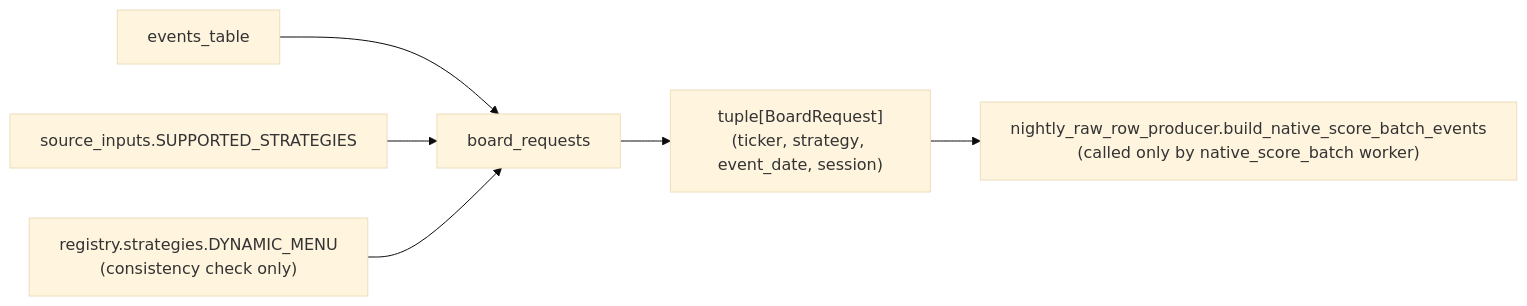
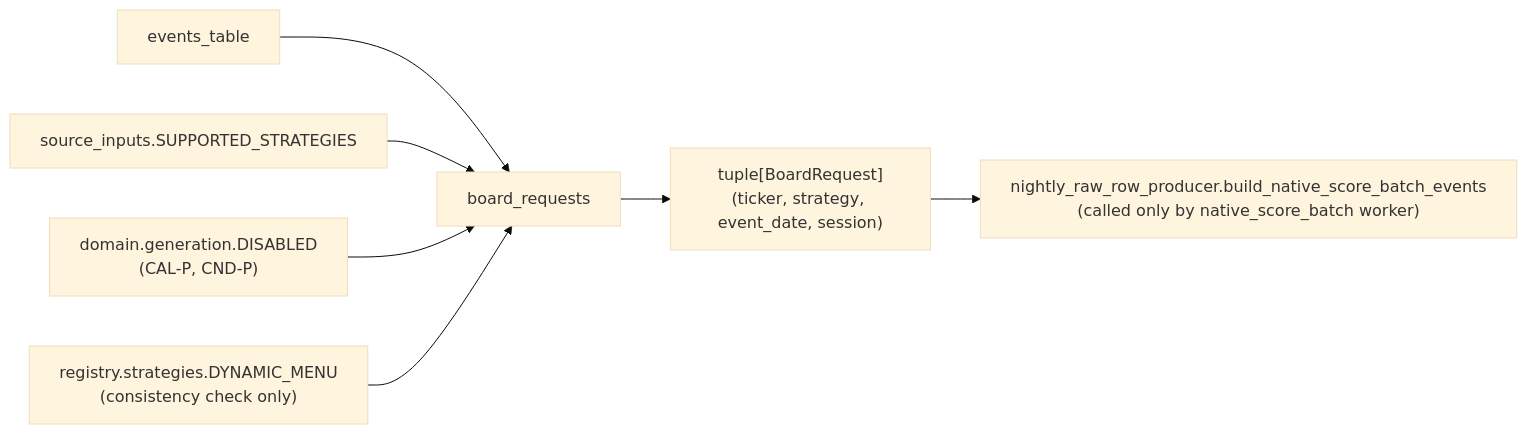
The fourth of 4 diagrams in engine/v2/ops/ARCHITECTURE.md (yshewchuk/investment-validation), drawn with Mermaid (base theme) before and after one commit. The commit also changed other lines of this file and 7 other files, not shown here.

````diff
--- a/engine/v2/ops/ARCHITECTURE.md
+++ b/engine/v2/ops/ARCHITECTURE.md
@@ -1463,8 +1463,8 @@
 ```mermaid
 flowchart LR
     ET[events_table] --> BR[board_requests]
-    SI["source_inputs.SUPPORTED_STRATEGIES"] --> BR
+    SI["source_inputs.SUPPORTED_STRATEGIES"] & DS["domain.generation.DISABLED\n(CAL-P, CND-P)"] --> BR
     DM["registry.strategies.DYNAMIC_MENU\n(consistency check only)"] --> BR
     BR --> OUT["tuple[BoardRequest]\n(ticker, strategy, event_date, session)"]
     OUT --> RRP["nightly_raw_row_producer.build_native_score_batch_events\n(called only by native_score_batch worker)"]
 ```
````
